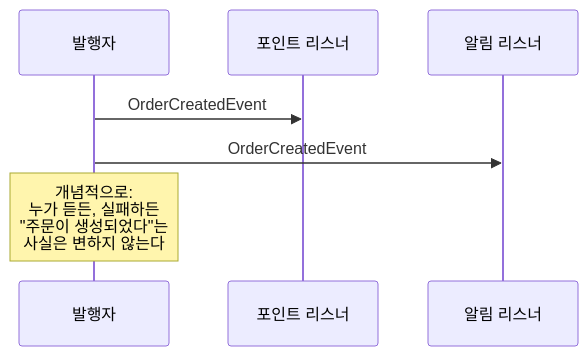
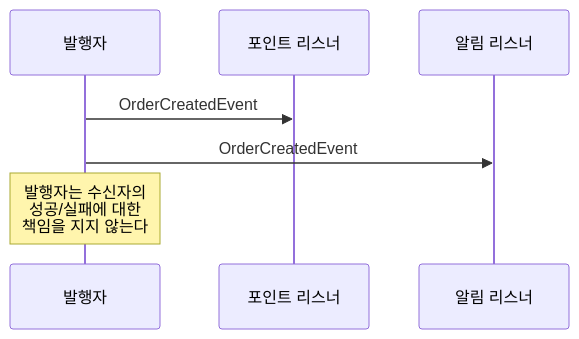
One commit to ghtjr410/messaging-lab changed the second of 4 diagrams in src/test/java/com/example/messaging/step0_command_vs_event/README.md. Above: the diagram before and after it, drawn with Mermaid. The commit also changed other lines of this file and 14 other files, not shown here.

````diff
--- a/src/test/java/com/example/messaging/step0_command_vs_event/README.md
+++ b/src/test/java/com/example/messaging/step0_command_vs_event/README.md
@@ -134,11 +134,11 @@
 ```mermaid
 sequenceDiagram
     participant Publisher as 발행자
     participant L1 as 포인트 리스너
     participant L2 as 알림 리스너
 
     Publisher->>L1: OrderCreatedEvent
     Publisher->>L2: OrderCreatedEvent
 
-    Note over Publisher: 개념적으로:<br/>누가 듣든, 실패하든<br/>"주문이 생성되었다"는<br/>사실은 변하지 않는다
+    Note over Publisher: 발행자는 수신자의<br/>성공/실패에 대한<br/>책임을 지지 않는다
 ```
````
